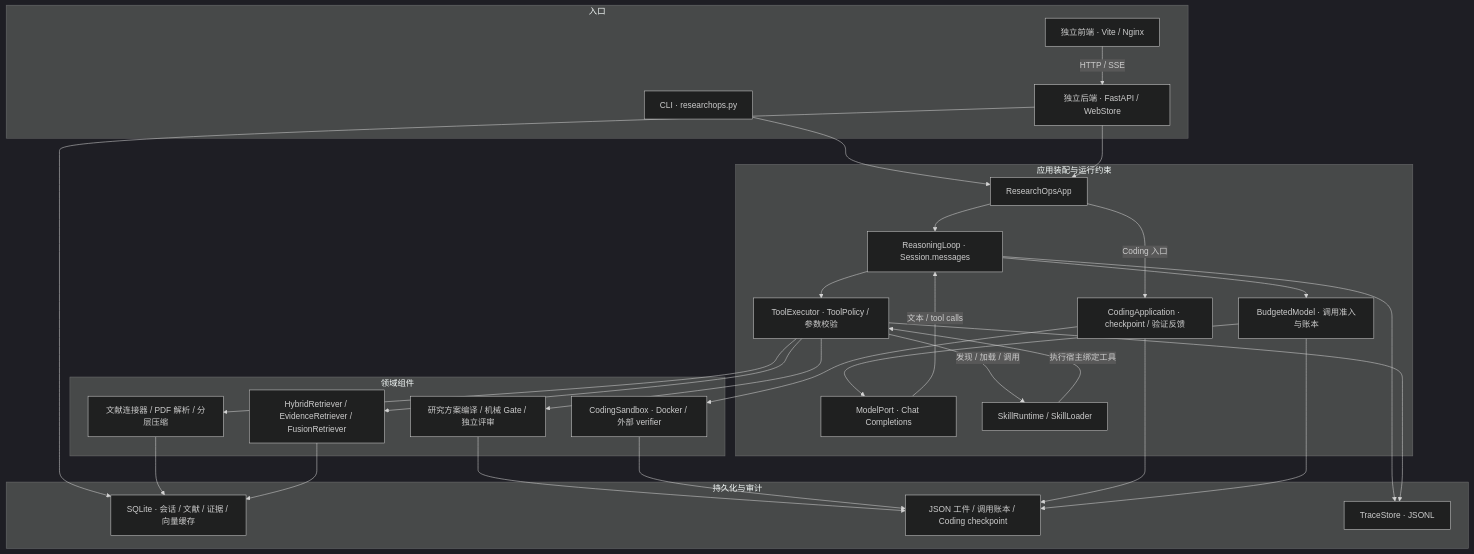
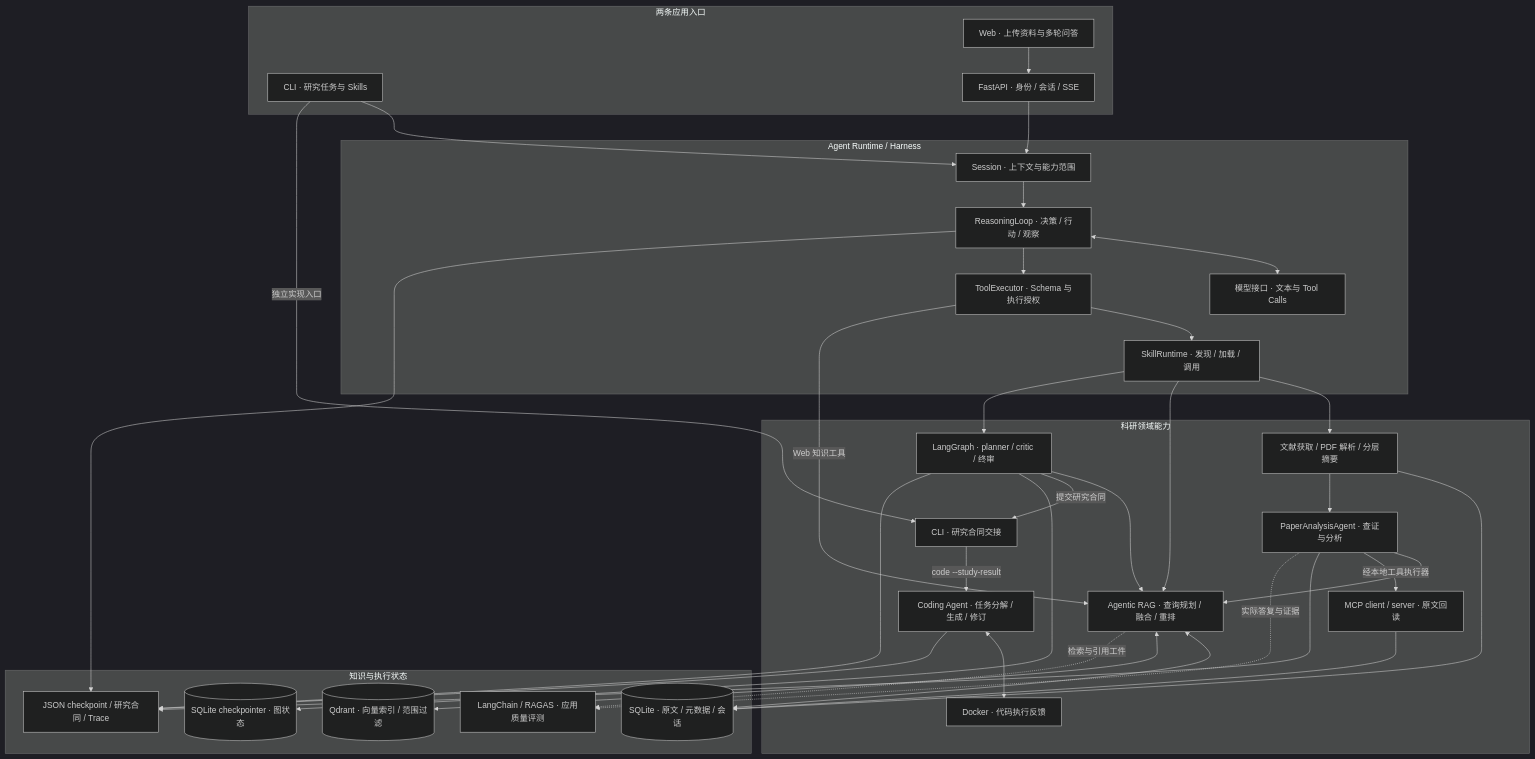
Before and after one commit to eternal-yangtze/research_claw: the first of 2 diagrams in README.md, drawn with Mermaid (dark theme). The commit also changed other lines of this file and 98 other files, not shown here.

````diff
--- a/README.md
+++ b/README.md
@@ -11,55 +23,66 @@
 ```mermaid
 flowchart TB
-    subgraph Entry[入口]
-        CLI[CLI · researchops.py]
-        UI[独立前端 · Vite / Nginx]
-        API[独立后端 · FastAPI / WebStore]
-        UI -->|HTTP / SSE| API
+    subgraph Entry[两条应用入口]
+        CLI[CLI · 研究任务与 Skills]
+        WEB[Web · 上传资料与多轮问答]
+        API[FastAPI · 身份 / 会话 / SSE]
+        WEB --> API
     end
 
-    subgraph Runtime[应用装配与运行约束]
-        APP[ResearchOpsApp]
-        LOOP[ReasoningLoop · Session.messages]
-        BUDGET[BudgetedModel · 调用准入与账本]
-        MODEL[ModelPort · Chat Completions]
-        EXEC[ToolExecutor · ToolPolicy / 参数校验]
-        SKILL[SkillRuntime / SkillLoader]
-        CODING[CodingApplication · checkpoint / 验证反馈]
-        APP --> LOOP
-        LOOP --> BUDGET --> MODEL
-        MODEL -->|文本 / tool calls| LOOP
+    subgraph Harness[Agent Runtime / Harness]
+        CTX[Session · 上下文与能力范围]
+        LOOP[ReasoningLoop · 决策 / 行动 / 观察]
+        MODEL[模型接口 · 文本与 Tool Calls]
+        EXEC[ToolExecutor · Schema 与执行授权]
+        SKILL[SkillRuntime · 发现 / 加载 / 调用]
+        CTX --> LOOP
+        LOOP <--> MODEL
         LOOP --> EXEC
-        EXEC -->|发现 / 加载 / 调用| SKILL
-        SKILL -->|执行宿主绑定工具| EXEC
-        APP -->|Coding 入口| CODING
+        EXEC --> SKILL
     end
 
-    subgraph Domain[领域组件]
-        PAPERS[文献连接器 / PDF 解析 / 分层压缩]
-        RAG[HybridRetriever / EvidenceRetriever / FusionRetriever]
-        STUDY[研究方案编译 / 机械 Gate / 独立评审]
-        SANDBOX[CodingSandbox · Docker / 外部 verifier]
+    subgraph Research[科研领域能力]
+        INGEST[文献获取 / PDF 解析 / 分层摘要]
+        RAG[Agentic RAG · 查询规划 / 融合 / 重排]
+        PAPER[PaperAnalysisAgent · 查证与分析]
+        GRAPH[LangGraph · planner / critic / 终审]
+        HANDOFF[CLI · 研究合同交接]
+        CODE[Coding Agent · 任务分解 / 生成 / 修订]
+        MCP[MCP client / server · 原文回读]
+        DOCKER[Docker · 代码执行反馈]
     end
 
-    subgraph Persistence[持久化与审计]
-        DB[SQLite · 会话 / 文献 / 证据 / 向量缓存]
-        FILES[JSON 工件 / 调用账本 / Coding checkpoint]
-        TRACE[TraceStore · JSONL]
+    subgraph State[知识与执行状态]
+        SQL[(SQLite · 原文 / 元数据 / 会话)]
+        Q[(Qdrant · 向量索引 / 范围过滤)]
+        GSQL[(SQLite checkpointer · 图状态)]
+        ART[JSON checkpoint / 研究合同 / Trace]
+        EVAL[LangChain / RAGAS · 应用质量评测]
     end
 
-    CLI --> APP
-    API --> APP
-    API --> DB
-    EXEC --> PAPERS
-    EXEC --> RAG
-    EXEC --> STUDY
-    CODING --> SANDBOX
-    PAPERS --> DB
-    RAG --> DB
-    STUDY --> FILES
-    SANDBOX --> FILES
-    CODING --> FILES
-    BUDGET --> FILES
-    LOOP --> TRACE
-    EXEC --> TRACE
+    CLI --> CTX
+    API --> CTX
+    SKILL --> INGEST
+    SKILL --> RAG
+    SKILL --> GRAPH
+    EXEC -->|Web 知识工具| RAG
+    INGEST --> SQL
+    INGEST --> PAPER
+    PAPER --> RAG
+    PAPER -->|经本地工具执行器| MCP
+    MCP --> SQL
+    RAG <--> SQL
+    RAG <--> Q
+    GRAPH --> RAG
+    GRAPH -->|提交研究合同| HANDOFF
+    CLI -->|独立实现入口| HANDOFF
+    HANDOFF -->|code --study-result| CODE
+    CODE <--> DOCKER
+    LOOP --> ART
+    PAPER --> ART
+    GRAPH --> GSQL
+    GRAPH --> ART
+    CODE --> ART
+    PAPER -.实际答复与证据.-> EVAL
+    RAG -.检索与引用工件.-> EVAL
 ```
````
